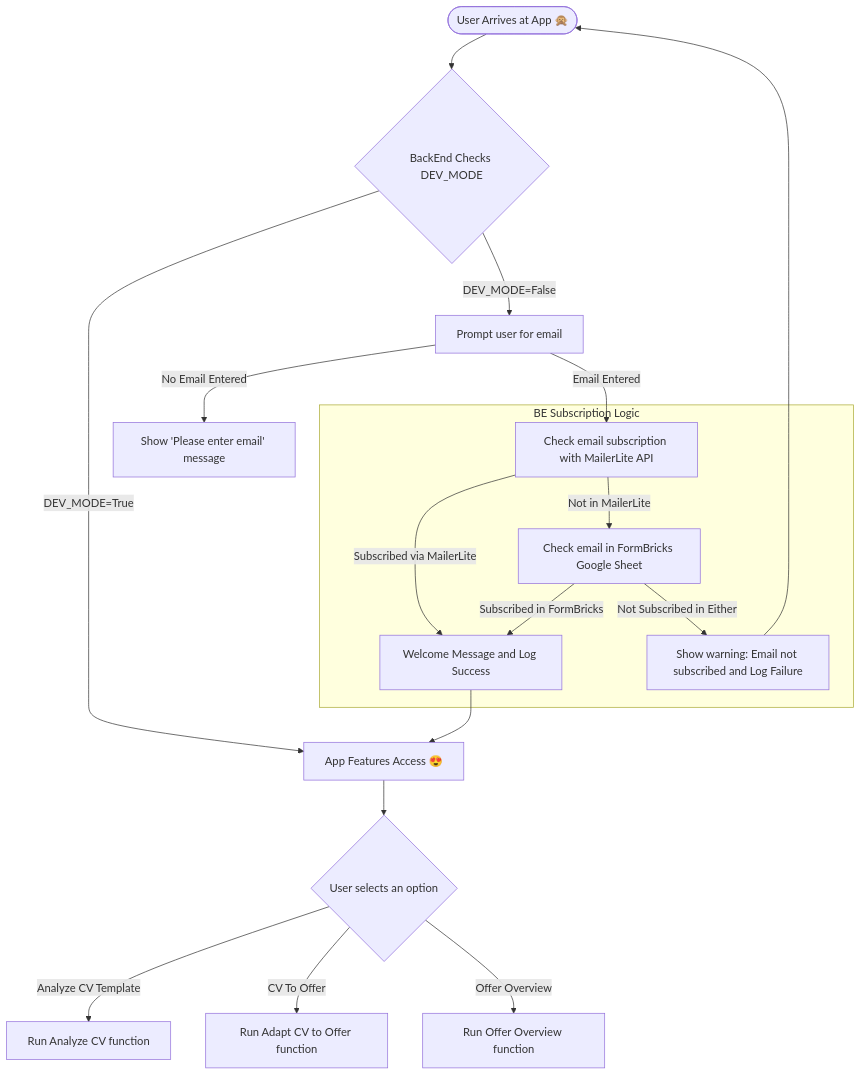
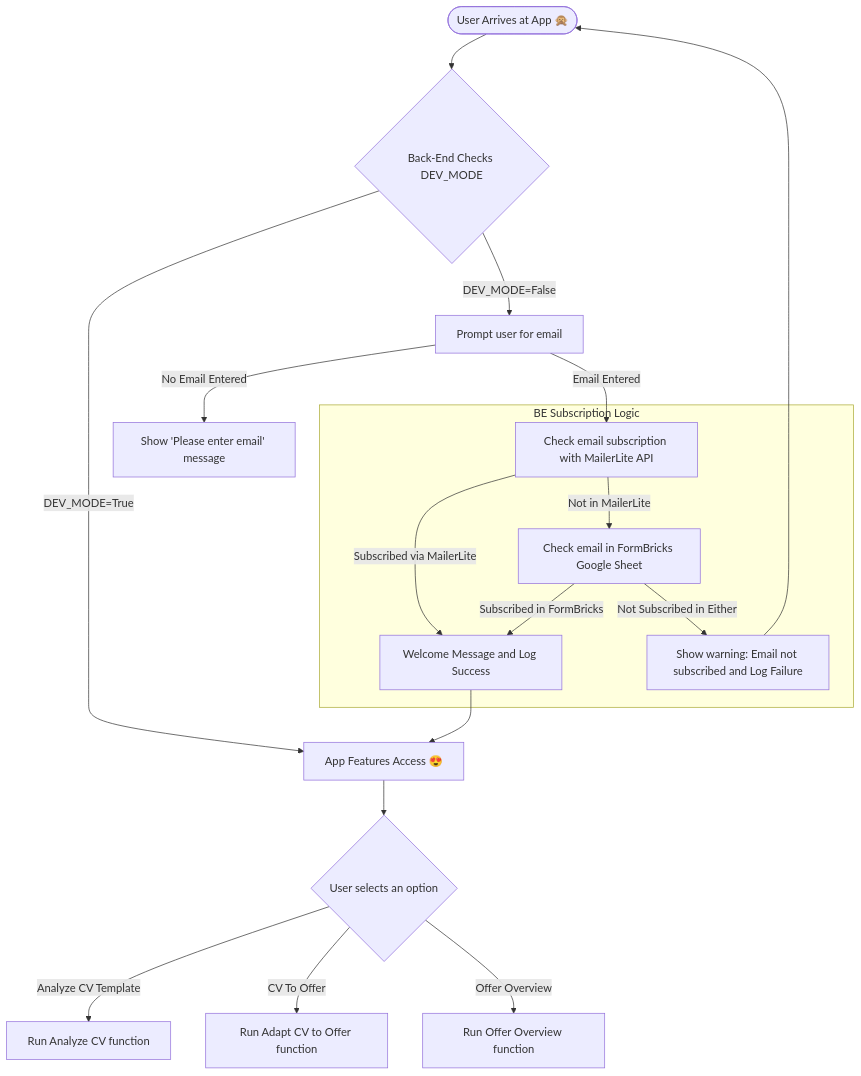
Before and after one commit to JAlcocerT/JAlcocerT: the fifth of 6 diagrams in content/blog/ai-helpers-aissistant.md, drawn with Mermaid. The commit also changed other lines of this file and 35 other files, not shown here.

````diff
--- a/content/blog/ai-helpers-aissistant.md
+++ b/content/blog/ai-helpers-aissistant.md
@@ -592,29 +591,29 @@
 ```mermaid
 flowchart TD
-    Start([User Arrives at App 🙊]) --> DevModeCheck{BackEnd Checks DEV_MODE}
+    Start([User Arrives at App 🙊]) --> DevModeCheck{Back-End Checks DEV_MODE}
     
     DevModeCheck -->|DEV_MODE=True| MainOptions["App Features Access 😍"]
     DevModeCheck -->|DEV_MODE=False| EmailEntry["Prompt user for email"]
     
     EmailEntry -->|Email Entered| SubscriptionCheck
     EmailEntry -->|No Email Entered| EndInfo["Show 'Please enter email' message"]
 
     %% Subscription checks surrounded in a box
-    subgraph BackendElements [BE Subscription Logic]
+    subgraph Back-endElements [BE Subscription Logic]
         SubscriptionCheck["Check email subscription with MailerLite API"]
         SubscriptionCheck -->|Subscribed via MailerLite| SuccessWelcome["Welcome Message and Log Success"]
         SubscriptionCheck -->|Not in MailerLite| FormBricksCheck["Check email in FormBricks Google Sheet"]
         
         FormBricksCheck -->|Subscribed in FormBricks| SuccessWelcome
         FormBricksCheck -->|Not Subscribed in Either| Warning["Show warning: Email not subscribed and Log Failure"]
     end
 
     SuccessWelcome --> MainOptions
     MainOptions --> OptionSelected{User selects an option}
     
     OptionSelected -->|Analyze CV Template| AnalyzeCV["Run Analyze CV function"]
     OptionSelected -->|CV To Offer| AdaptCV["Run Adapt CV to Offer function"]
     OptionSelected -->|Offer Overview| OfferOverview["Run Offer Overview function"]
 
     Warning --> Start
 ```
````
